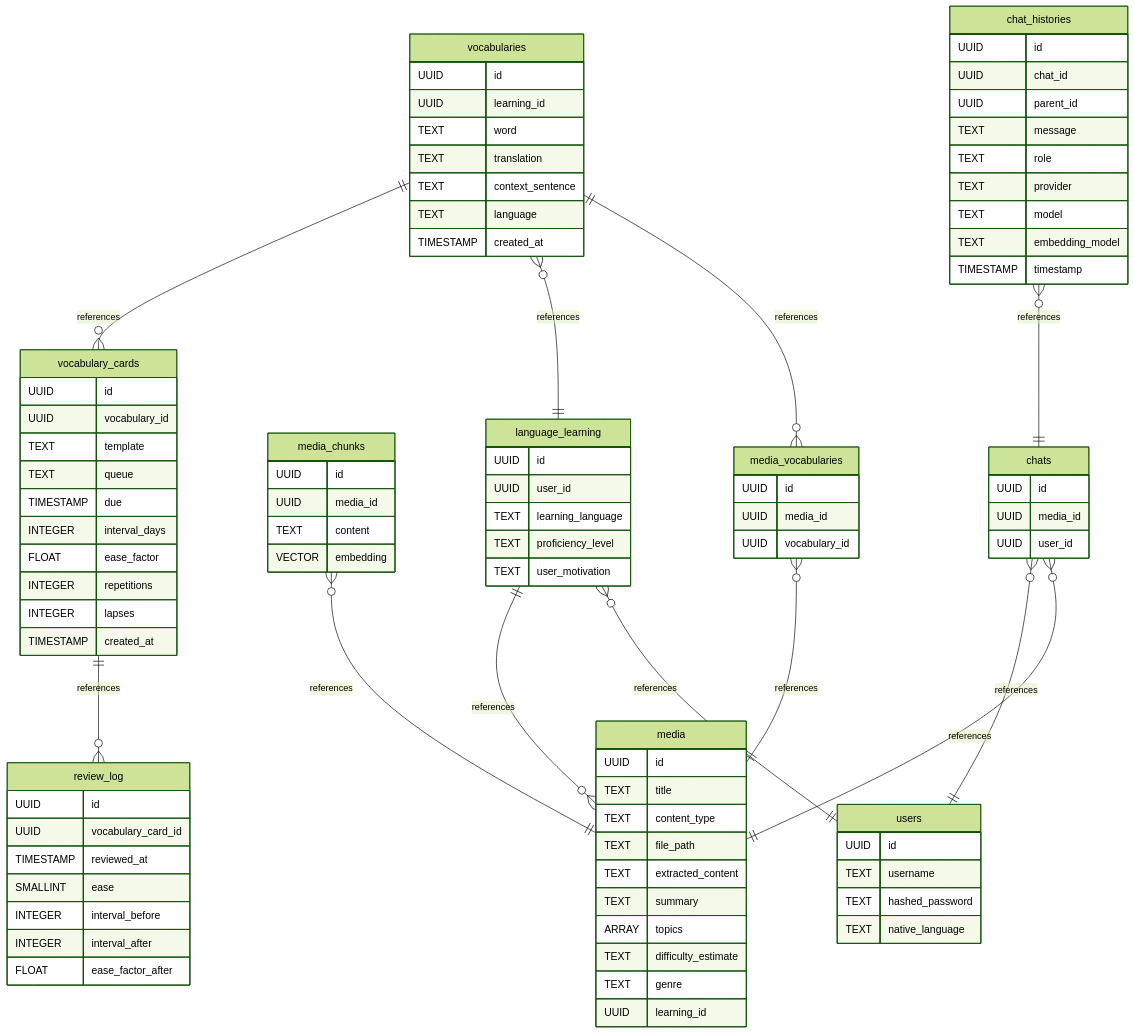
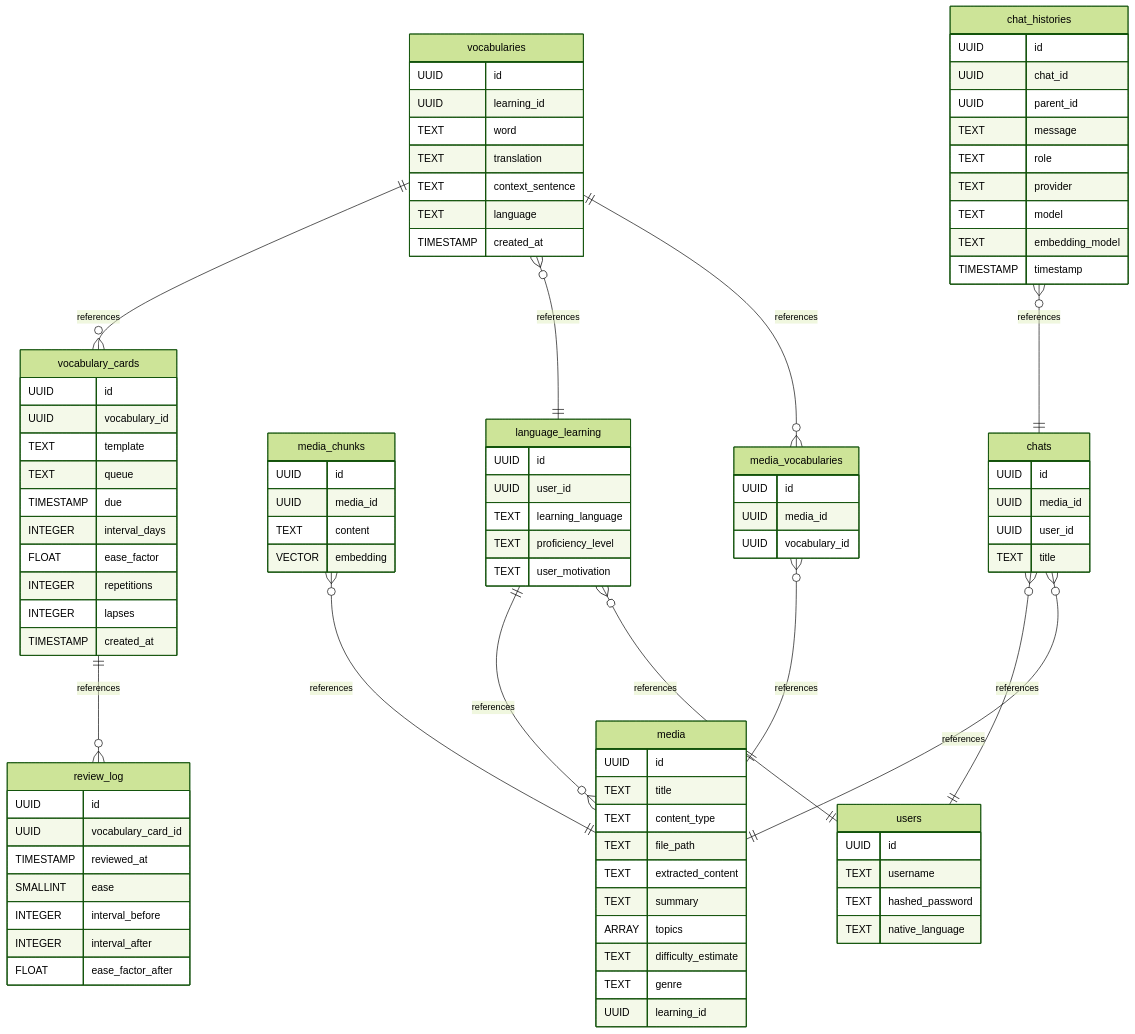
The diagram in diagrams/database.mmd (BurkhardtJan/Dengwa-AI), drawn with Mermaid (forest theme) before and after one commit. The commit also changed 13 other files, not shown here.

```diff
--- a/diagrams/database.mmd
+++ b/diagrams/database.mmd
@@ -1,103 +1,104 @@
 erDiagram
     chat_histories }o--|| chats: references
     chats }o--|| media: references
     media_chunks }o--|| media: references
     language_learning }o--|| users: references
     language_learning ||--o{ media: references
     media_vocabularies }o--|| media: references
     vocabularies ||--o{ media_vocabularies: references
     vocabularies }o--|| language_learning: references
     vocabularies ||--o{ vocabulary_cards: references
     vocabulary_cards ||--o{ review_log: references
     chats }o--|| users: references
 
     users {
         UUID id
         TEXT username
         TEXT hashed_password
         TEXT native_language
     }
 
     media {
         UUID id
         TEXT title
         TEXT content_type
         TEXT file_path
         TEXT extracted_content
         TEXT summary
         ARRAY topics
         TEXT difficulty_estimate
         TEXT genre
         UUID learning_id
     }
     media_chunks {
         UUID id
         UUID media_id
         TEXT content
         VECTOR embedding
     }
 
     vocabularies {
         UUID id
         UUID learning_id
         TEXT word
         TEXT translation
         TEXT context_sentence
         TEXT language
         TIMESTAMP created_at
     }
 
     vocabulary_cards {
         UUID id
         UUID vocabulary_id
         TEXT template
         TEXT queue
         TIMESTAMP due
         INTEGER interval_days
         FLOAT ease_factor
         INTEGER repetitions
         INTEGER lapses
         TIMESTAMP created_at
     }
 
     review_log {
         UUID id
         UUID vocabulary_card_id
         TIMESTAMP reviewed_at
         SMALLINT ease
         INTEGER interval_before
         INTEGER interval_after
         FLOAT ease_factor_after
     }
 
     chats {
         UUID id
         UUID media_id
         UUID user_id
+        TEXT title
     }
 
     chat_histories {
         UUID id
         UUID chat_id
         UUID parent_id
         TEXT message
         TEXT role
         TEXT provider
         TEXT model
         TEXT embedding_model
         TIMESTAMP timestamp
     }
 
     language_learning {
         UUID id
         UUID user_id
         TEXT learning_language
         TEXT proficiency_level
         TEXT user_motivation
     }
 
     media_vocabularies {
         UUID id
         UUID media_id
         UUID vocabulary_id
     }
```
